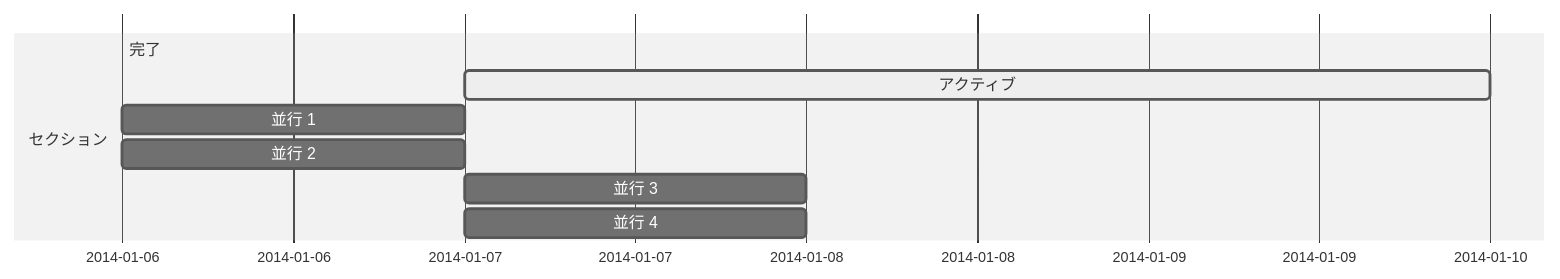
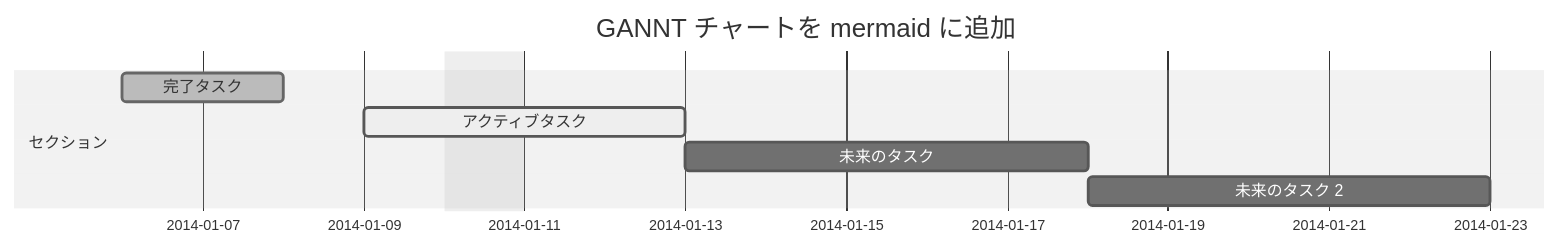
Before and after one commit to gh640/mermaid-cheatsheet-ja: the third of 12 diagrams in README.md, drawn with Mermaid (neutral theme). The commit also changed other lines of this file, not shown here.

````diff
--- a/README.md
+++ b/README.md
@@ -77,10 +83,12 @@
 ```mermaid
 gantt
+    dateFormat  YYYY-MM-DD
+    title GANNT チャートを mermaid に追加
+    excludes weekdays 2014-01-10
+
     section セクション
-    完了 :done,    des1, 2014-01-06,2014-01-08
-    アクティブ        :active,  des2, 2014-01-07, 3d
-    並行 1   :         des3, after des1, 1d
-    並行 2   :         des4, after des1, 1d
-    並行 3   :         des5, after des3, 1d
-    並行 4   :         des6, after des4, 1d
+    完了タスク            :done,    des1, 2014-01-06,2014-01-08
+    アクティブタスク               :active,  des2, 2014-01-09, 3d
+    未来のタスク               :         des3, after des2, 5d
+    未来のタスク 2               :         des4, after des3, 5d
 ```
````
